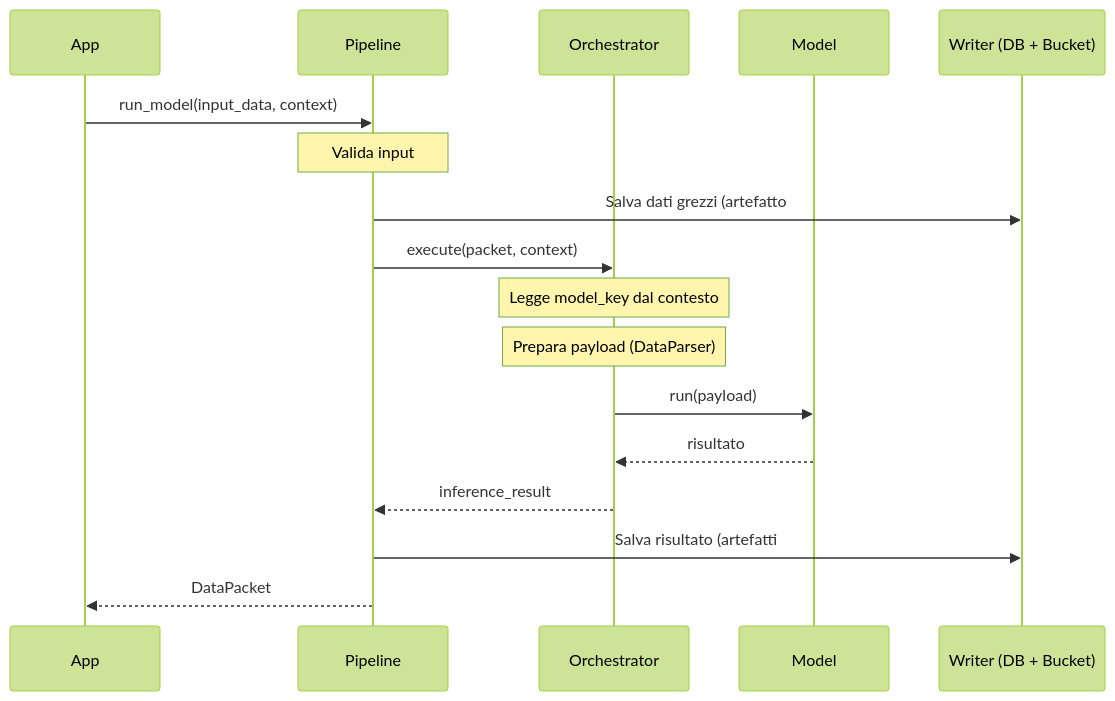
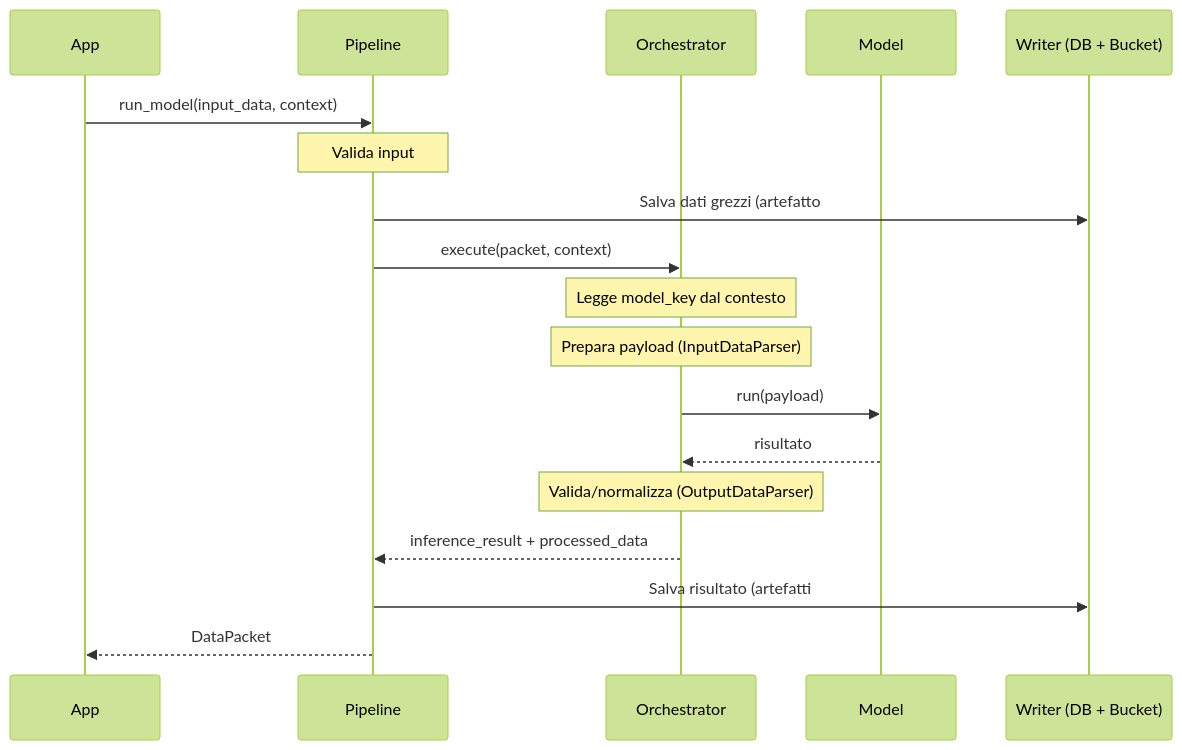
One commit to ianuacare/ianua-library changed the first of 2 diagrams in docs/application-integration-flow.md. Above: the diagram before and after it, drawn with Mermaid (forest theme). The commit also changed other lines of this file and 19 other files, not shown here.

First line of the commit message:
Split DataParser into Input/Output parsers

````diff
--- a/docs/application-integration-flow.md
+++ b/docs/application-integration-flow.md
@@ -158,23 +160,24 @@
 ```mermaid
 sequenceDiagram
     participant App
     participant Pipeline
     participant Orchestrator
     participant Model
     participant Storage as Writer (DB + Bucket)
 
     App->>Pipeline: run_model(input_data, context)
 
     Note over Pipeline: Valida input
     Pipeline->>Storage: Salva dati grezzi (artefatto #1)
 
     Pipeline->>Orchestrator: execute(packet, context)
     Note over Orchestrator: Legge model_key dal contesto
-    Note over Orchestrator: Prepara payload (DataParser)
+    Note over Orchestrator: Prepara payload (InputDataParser)
     Orchestrator->>Model: run(payload)
     Model-->>Orchestrator: risultato
-    Orchestrator-->>Pipeline: inference_result
+    Note over Orchestrator: Valida/normalizza (OutputDataParser)
+    Orchestrator-->>Pipeline: inference_result + processed_data
 
     Pipeline->>Storage: Salva risultato (artefatti #2 e #3)
     Pipeline-->>App: DataPacket
 ```
````
